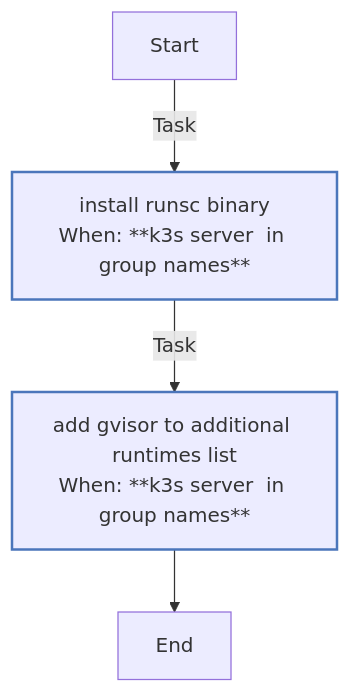
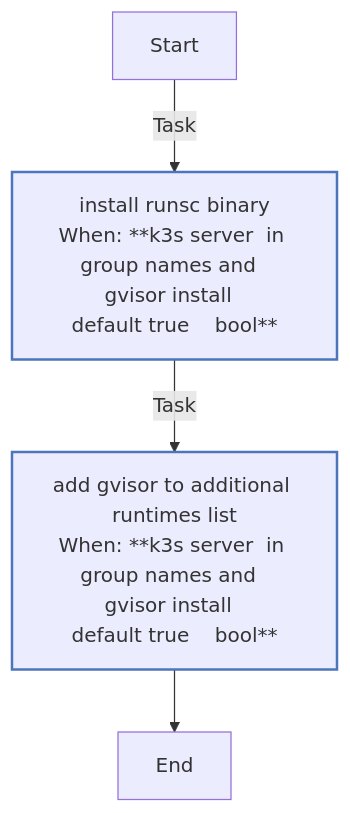
One commit to rou-cru/k3s-homelab changed the first of 3 diagrams in roles/gvisor/README.md. Above: the diagram before and after it, drawn with Mermaid. The commit also changed other lines of this file and 41 other files, not shown here.

````diff
--- a/roles/gvisor/README.md
+++ b/roles/gvisor/README.md
@@ -73,16 +78,16 @@
 ```mermaid
 flowchart TD
 Start
 classDef block stroke:#3498db,stroke-width:2px;
 classDef task stroke:#4b76bb,stroke-width:2px;
 classDef includeTasks stroke:#16a085,stroke-width:2px;
 classDef importTasks stroke:#34495e,stroke-width:2px;
 classDef includeRole stroke:#2980b9,stroke-width:2px;
 classDef importRole stroke:#699ba7,stroke-width:2px;
 classDef includeVars stroke:#8e44ad,stroke-width:2px;
 classDef rescue stroke:#665352,stroke-width:2px;
 
-  Start-->|Task| Install_runsc_binary0[install runsc binary<br>When: **k3s server  in group names**]:::task
-  Install_runsc_binary0-->|Task| Add_gVisor_to_additional_runtimes_list1[add gvisor to additional runtimes list<br>When: **k3s server  in group names**]:::task
+  Start-->|Task| Install_runsc_binary0[install runsc binary<br>When: **k3s server  in group names and  gvisor install  <br>default true    bool**]:::task
+  Install_runsc_binary0-->|Task| Add_gVisor_to_additional_runtimes_list1[add gvisor to additional runtimes list<br>When: **k3s server  in group names and  gvisor install  <br>default true    bool**]:::task
   Add_gVisor_to_additional_runtimes_list1-->End
 ```
````
